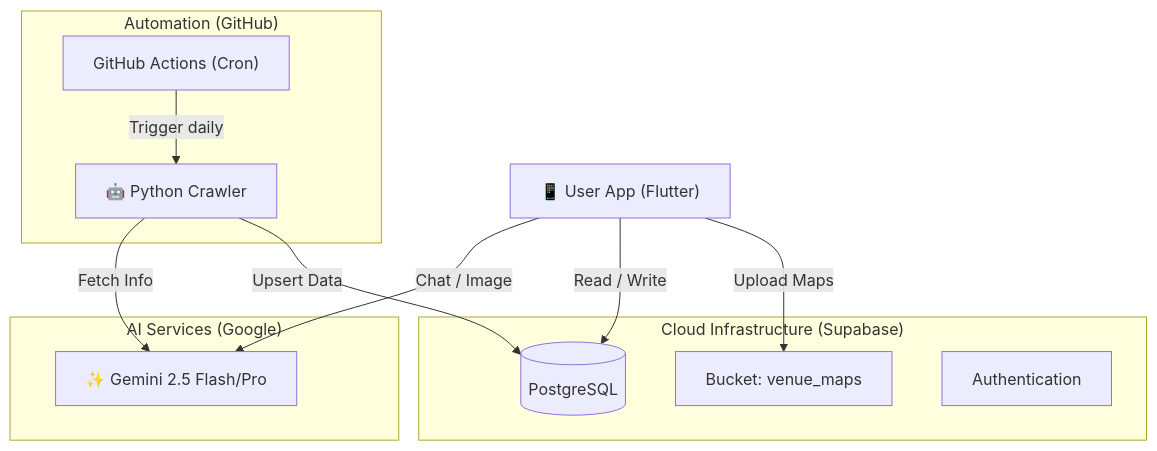
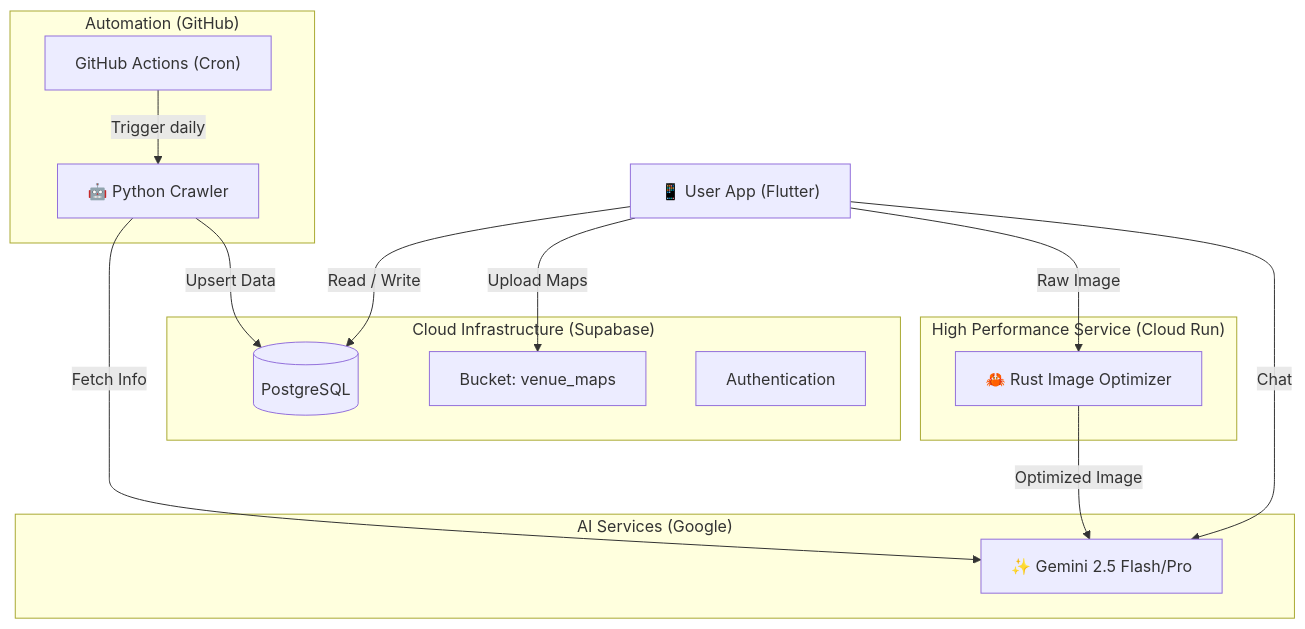
One commit to naki0227/encura changed the diagram in README.md. Above: the diagram before and after it, drawn with Mermaid. The commit also changed other lines of this file, not shown here.

Commit message:
docs: add rust microservice architecture to readme

````diff
--- a/README.md
+++ b/README.md
@@ -69,28 +70,34 @@
 ```mermaid
 graph TD
     User["📱 User App (Flutter)"]
     
     subgraph "Cloud Infrastructure (Supabase)"
         DB[("PostgreSQL")]
         Storage["Bucket: venue_maps"]
         Auth["Authentication"]
+    end
+    
+    subgraph "High Performance Service (Cloud Run)"
+        Rust["🦀 Rust Image Optimizer"]
     end
     
     subgraph "AI Services (Google)"
         Gemini["✨ Gemini 2.5 Flash/Pro"]
     end
     
     subgraph "Automation (GitHub)"
         Crawler["🤖 Python Crawler"]
         Actions["GitHub Actions (Cron)"]
     end
 
     %% Flows
-    User -->|Chat / Image| Gemini
+    User -->|Chat| Gemini
+    User -->|Raw Image| Rust
+    Rust -->|Optimized Image| Gemini
     User -->|Read / Write| DB
     User -->|Upload Maps| Storage
     
     Actions -->|Trigger daily| Crawler
     Crawler -->|Fetch Info| Gemini
     Crawler -->|Upsert Data| DB
 ```
````
